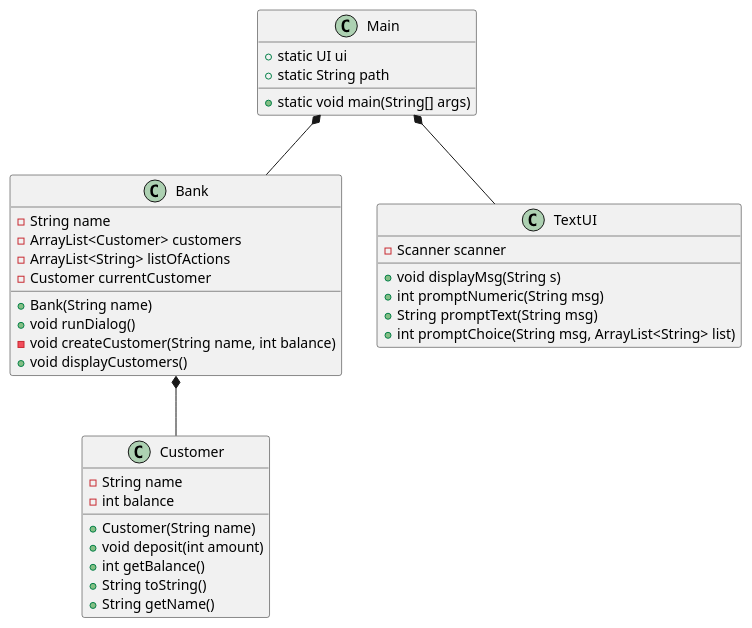
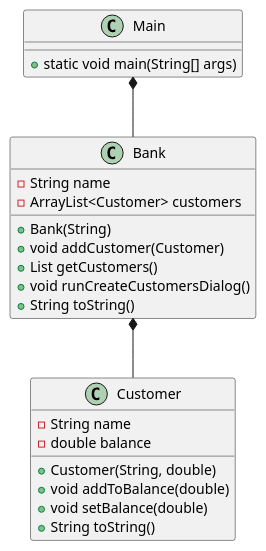
One commit to Dat1Cphbusiness/BankSystem changed the diagram in doc/classdiagram.puml. Above: the diagram before and after it, drawn with PlantUML.

```diff
--- a/doc/classdiagram.puml
+++ b/doc/classdiagram.puml
@@ -1,42 +1,31 @@
 @startuml
 class Main{
-+ static UI ui
-+ static String path
-+ static void main(String[] args)
+ + static void main(String[] args)
 }
-
 
 class Bank{
  - String name
  - ArrayList<Customer> customers
- - ArrayList<String> listOfActions
- - Customer currentCustomer
- + Bank(String name)
- + void runDialog()
- - void createCustomer(String name, int balance)
- + void displayCustomers()
+ + Bank(String)
+ + void addCustomer(Customer)
+ + List getCustomers()
+ + void runCreateCustomersDialog()
+ + String toString()
 }
 
 class Customer{
-- String name
-- int balance
-+ Customer(String name)
-+ void deposit(int amount)
-+ int getBalance()
-+ String toString()
-+ String getName()
+ - String name
+ - double balance
+ + Customer(String, double)
+ + void addToBalance(double)
+ + void setBalance(double)
+ + String toString()
+
 }
 
-class TextUI{
-- Scanner scanner
-+ void displayMsg(String s)
-+ int promptNumeric(String msg)
-+ String promptText(String msg)
-+ int promptChoice(String msg, ArrayList<String> list)
-}
 
-Main *-- TextUI
+
 Main *-- Bank
 Bank *-- Customer
 
 @enduml
```
